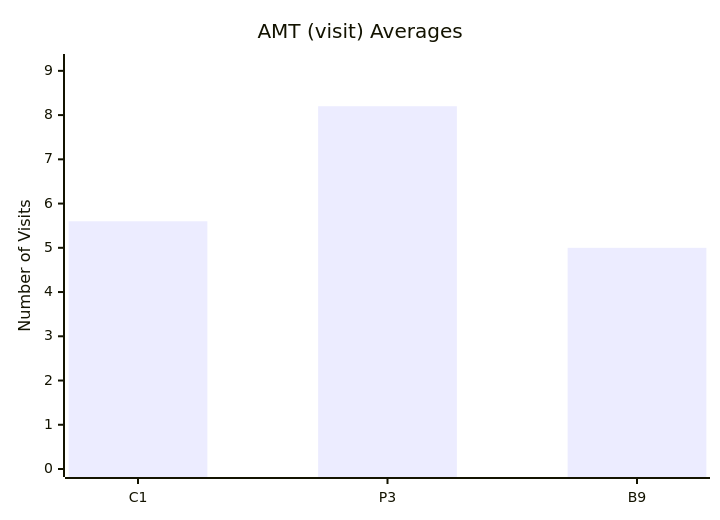
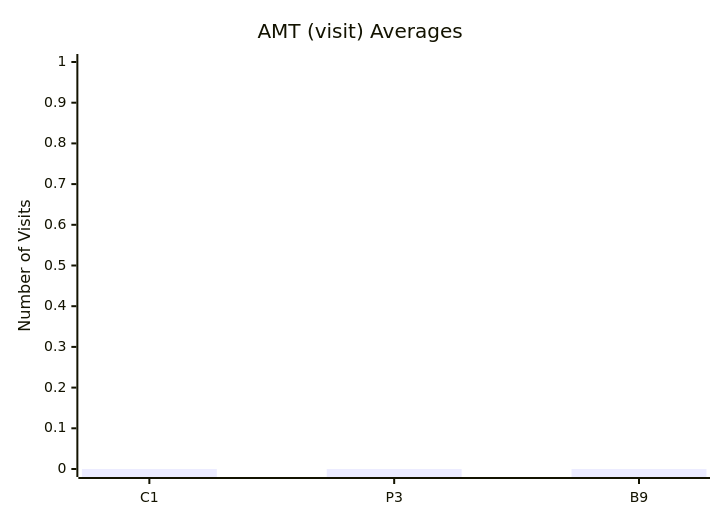
Before and after one commit to dhagan-va/intern-2025: the tenth of 10 diagrams in test-tools/DataGen/src/Statistics_Visualizer.md, drawn with Mermaid. The commit also changed other lines of this file and 6 other files, not shown here.

````diff
--- a/test-tools/DataGen/src/Statistics_Visualizer.md
+++ b/test-tools/DataGen/src/Statistics_Visualizer.md
@@ -106,7 +106,7 @@
 ```mermaid
 xychart-beta
     title "AMT (visit) Averages"
     x-axis ["C1", "P3", "B9"]
-    y-axis "Number of Visits" 0 --> 9.2
-    bar [5.6, 8.2, 5.0]
+    y-axis "Number of Visits" 0 --> 1.0
+    bar [0.0, 0.0, 0.0]
 ```
````
